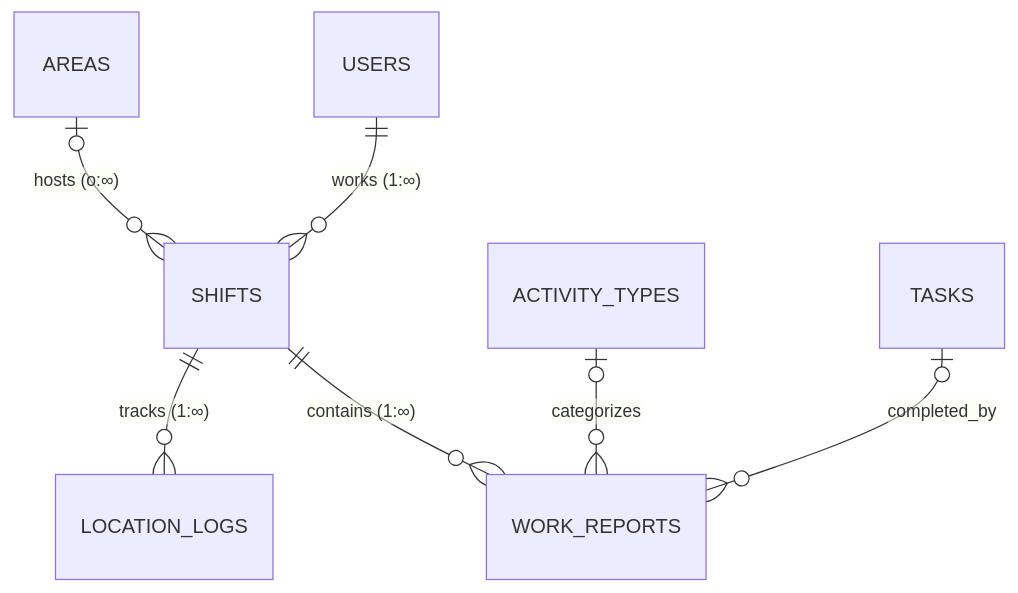
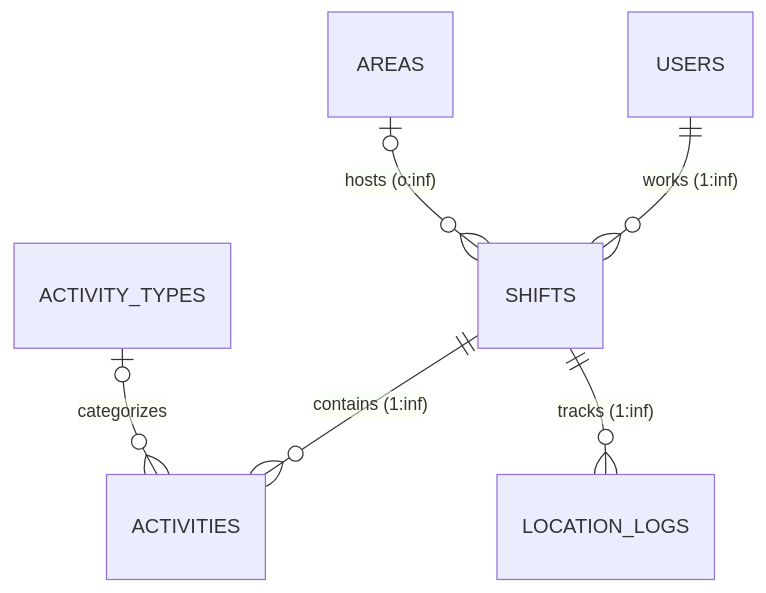
The sixth of 9 diagrams in specs/database/erd.md (dlhsby/sekar), drawn with Mermaid before and after one commit. The commit also changed other lines of this file and 417 other files, not shown here.

````diff
--- a/specs/database/erd.md
+++ b/specs/database/erd.md
@@ -395,9 +378,8 @@
 ```mermaid
 erDiagram
-    USERS ||--o{ SHIFTS : "works (1:∞)"
-    AREAS o|--o{ SHIFTS : "hosts (o:∞)"
-    SHIFTS ||--o{ WORK_REPORTS : "contains (1:∞)"
-    SHIFTS ||--o{ LOCATION_LOGS : "tracks (1:∞)"
-    ACTIVITY_TYPES o|--o{ WORK_REPORTS : "categorizes"
-    TASKS o|--o{ WORK_REPORTS : "completed_by"
+    USERS ||--o{ SHIFTS : "works (1:inf)"
+    AREAS o|--o{ SHIFTS : "hosts (o:inf)"
+    SHIFTS ||--o{ ACTIVITIES : "contains (1:inf)"
+    SHIFTS ||--o{ LOCATION_LOGS : "tracks (1:inf)"
+    ACTIVITY_TYPES o|--o{ ACTIVITIES : "categorizes"
 ```
````
